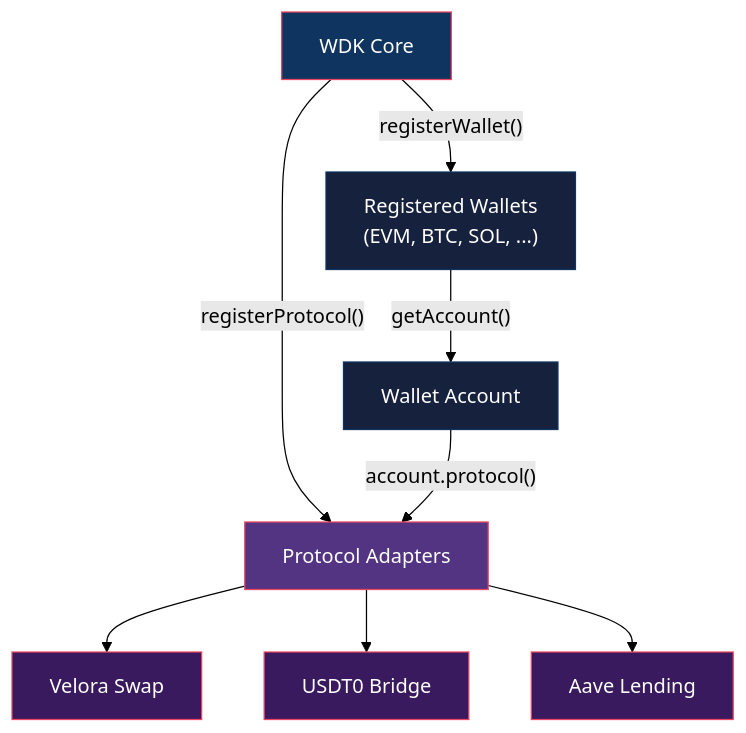
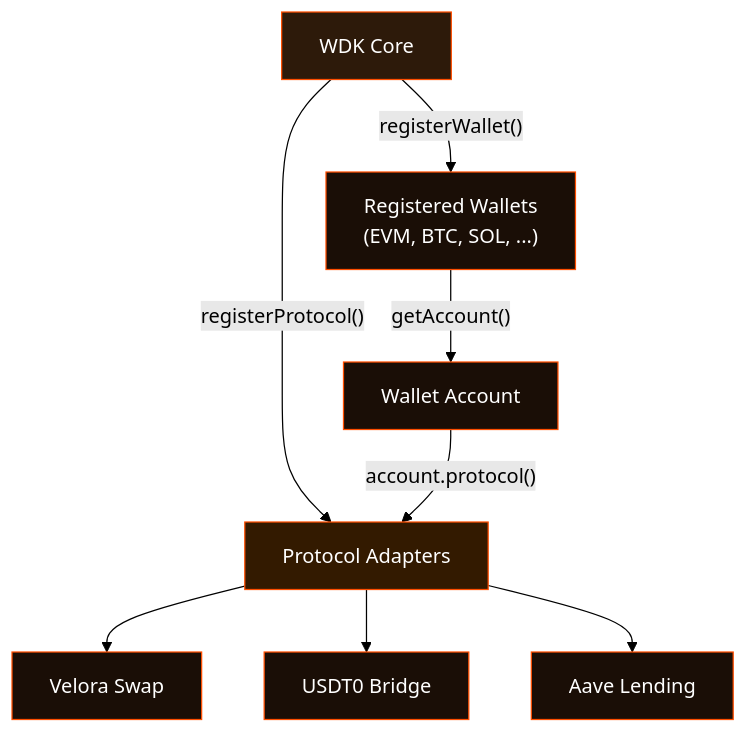
One commit to gatteo/wdk-docs changed the diagram in sdk/core-module/guides/protocol-integration.md. Above: the diagram before and after it, drawn with Mermaid (forest theme). The commit also changed 21 other files, not shown here.

Commit message:
docs: update all mermaid diagrams to WDK branding colors (#FF4E00 orange, #080201 dark)

````diff
--- a/sdk/core-module/guides/protocol-integration.md
+++ b/sdk/core-module/guides/protocol-integration.md
@@ -24,19 +24,19 @@
 ```mermaid
 graph TB
     WDK["WDK Core"]
     WDK -->|"registerWallet()"| W["Registered Wallets\n(EVM, BTC, SOL, ...)"]
     WDK -->|"registerProtocol()"| P["Protocol Adapters"]
     W -->|"getAccount()"| ACC["Wallet Account"]
     ACC -->|"account.protocol()"| P
     P --> SWAP["Velora Swap"]
     P --> BRIDGE["USDT0 Bridge"]
     P --> LEND["Aave Lending"]
 
-    style WDK fill:#0f3460,stroke:#e94560,color:#fff
-    style W fill:#16213e,stroke:#0f3460,color:#fff
-    style ACC fill:#16213e,stroke:#0f3460,color:#fff
-    style P fill:#533483,stroke:#e94560,color:#fff
-    style SWAP fill:#3a1a5e,stroke:#e94560,color:#fff
-    style BRIDGE fill:#3a1a5e,stroke:#e94560,color:#fff
-    style LEND fill:#3a1a5e,stroke:#e94560,color:#fff
+    style WDK fill:#2d1a0a,stroke:#FF4E00,color:#fff
+    style W fill:#1a0e06,stroke:#FF4E00,color:#fff
+    style ACC fill:#1a0e06,stroke:#FF4E00,color:#fff
+    style P fill:#331a00,stroke:#FF4E00,color:#fff
+    style SWAP fill:#1a0e06,stroke:#FF4E00,color:#fff
+    style BRIDGE fill:#1a0e06,stroke:#FF4E00,color:#fff
+    style LEND fill:#1a0e06,stroke:#FF4E00,color:#fff
 ```
````
